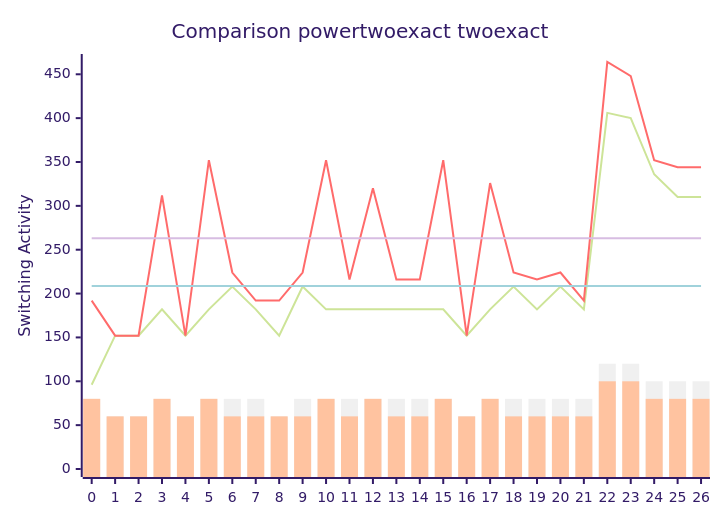
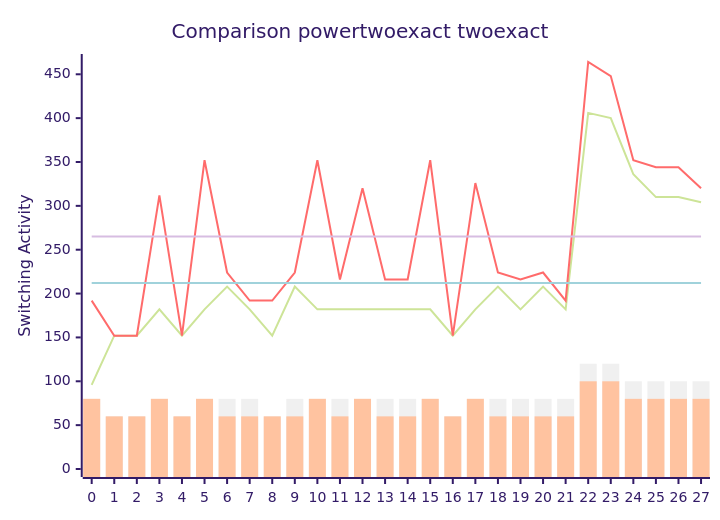
The diagram in benchmark.md (FeldmeierMichael/Exact-Power-Synthesis), drawn with Mermaid (forest theme) before and after one commit. The commit also changed other lines of this file and 2 other files, not shown here.

````diff
--- a/benchmark.md
+++ b/benchmark.md
@@ -55,12 +57,12 @@
 ```mermaid
 xychart-beta
     title "Comparison powertwoexact twoexact"
-    x-axis [0, 1, 2, 3, 4, 5, 6, 7, 8, 9, 10, 11, 12, 13, 14, 15, 16, 17, 18, 19, 20, 21, 22, 23, 24, 25, 26]
+    x-axis [0, 1, 2, 3, 4, 5, 6, 7, 8, 9, 10, 11, 12, 13, 14, 15, 16, 17, 18, 19, 20, 21, 22, 23, 24, 25, 26, 27]
     y-axis "Switching Activity" 0-->464
-    line [96, 152, 152, 182, 152, 182, 208, 182, 152, 208, 182, 182, 182, 182, 182, 182, 152, 182, 208, 182, 208, 182, 406, 400, 336, 310, 310]
-    line [192, 152, 152, 312, 152, 352, 224, 192, 192, 224, 352, 216, 320, 216, 216, 352, 152, 326, 224, 216, 224, 192, 464, 448, 352, 344, 344]
-    line [208.66666666666666, 208.66666666666666, 208.66666666666666, 208.66666666666666, 208.66666666666666, 208.66666666666666, 208.66666666666666, 208.66666666666666, 208.66666666666666, 208.66666666666666, 208.66666666666666, 208.66666666666666, 208.66666666666666, 208.66666666666666, 208.66666666666666, 208.66666666666666, 208.66666666666666, 208.66666666666666, 208.66666666666666, 208.66666666666666, 208.66666666666666, 208.66666666666666, 208.66666666666666, 208.66666666666666, 208.66666666666666, 208.66666666666666, 208.66666666666666]
-    line [263.037037037037, 263.037037037037, 263.037037037037, 263.037037037037, 263.037037037037, 263.037037037037, 263.037037037037, 263.037037037037, 263.037037037037, 263.037037037037, 263.037037037037, 263.037037037037, 263.037037037037, 263.037037037037, 263.037037037037, 263.037037037037, 263.037037037037, 263.037037037037, 263.037037037037, 263.037037037037, 263.037037037037, 263.037037037037, 263.037037037037, 263.037037037037, 263.037037037037, 263.037037037037, 263.037037037037]
-    bar [80, 60, 60, 80, 60, 80, 80, 80, 60, 80, 80, 80, 80, 80, 80, 80, 60, 80, 80, 80, 80, 80, 120, 120, 100, 100, 100]
-    bar [80, 60, 60, 80, 60, 80, 60, 60, 60, 60, 80, 60, 80, 60, 60, 80, 60, 80, 60, 60, 60, 60, 100, 100, 80, 80, 80]
+    line [96, 152, 152, 182, 152, 182, 208, 182, 152, 208, 182, 182, 182, 182, 182, 182, 152, 182, 208, 182, 208, 182, 406, 400, 336, 310, 310, 304]
+    line [192, 152, 152, 312, 152, 352, 224, 192, 192, 224, 352, 216, 320, 216, 216, 352, 152, 326, 224, 216, 224, 192, 464, 448, 352, 344, 344, 320]
+    line [212.07142857142858, 212.07142857142858, 212.07142857142858, 212.07142857142858, 212.07142857142858, 212.07142857142858, 212.07142857142858, 212.07142857142858, 212.07142857142858, 212.07142857142858, 212.07142857142858, 212.07142857142858, 212.07142857142858, 212.07142857142858, 212.07142857142858, 212.07142857142858, 212.07142857142858, 212.07142857142858, 212.07142857142858, 212.07142857142858, 212.07142857142858, 212.07142857142858, 212.07142857142858, 212.07142857142858, 212.07142857142858, 212.07142857142858, 212.07142857142858, 212.07142857142858]
+    line [265.07142857142856, 265.07142857142856, 265.07142857142856, 265.07142857142856, 265.07142857142856, 265.07142857142856, 265.07142857142856, 265.07142857142856, 265.07142857142856, 265.07142857142856, 265.07142857142856, 265.07142857142856, 265.07142857142856, 265.07142857142856, 265.07142857142856, 265.07142857142856, 265.07142857142856, 265.07142857142856, 265.07142857142856, 265.07142857142856, 265.07142857142856, 265.07142857142856, 265.07142857142856, 265.07142857142856, 265.07142857142856, 265.07142857142856, 265.07142857142856, 265.07142857142856]
+    bar [80, 60, 60, 80, 60, 80, 80, 80, 60, 80, 80, 80, 80, 80, 80, 80, 60, 80, 80, 80, 80, 80, 120, 120, 100, 100, 100, 100]
+    bar [80, 60, 60, 80, 60, 80, 60, 60, 60, 60, 80, 60, 80, 60, 60, 80, 60, 80, 60, 60, 60, 60, 100, 100, 80, 80, 80, 80]
 ```
````
